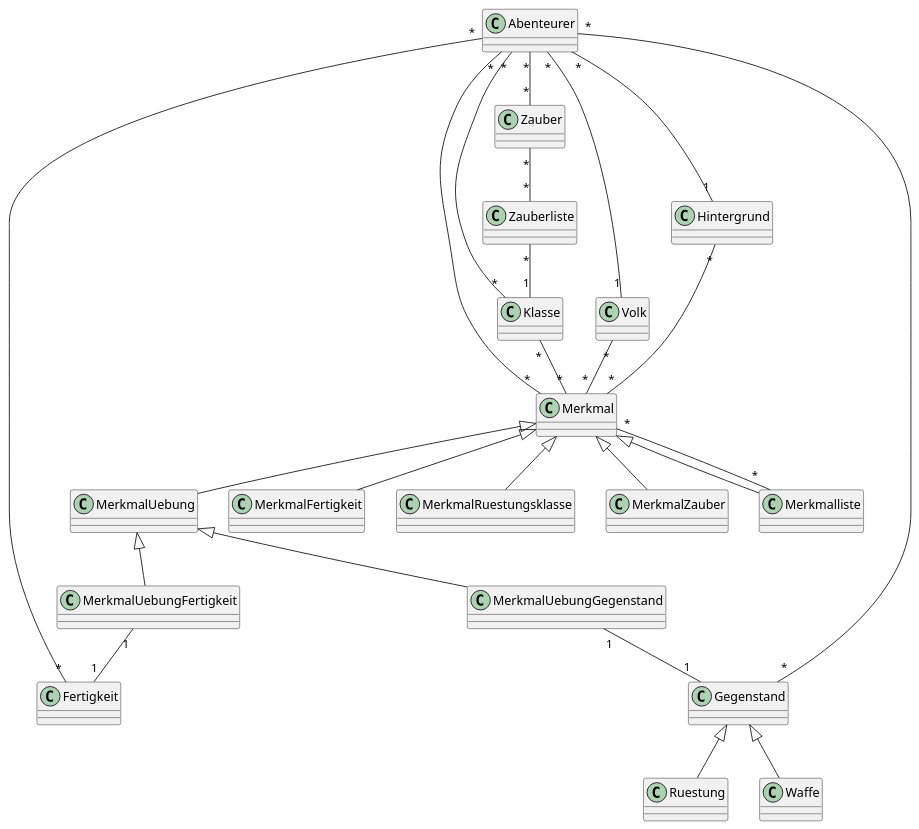
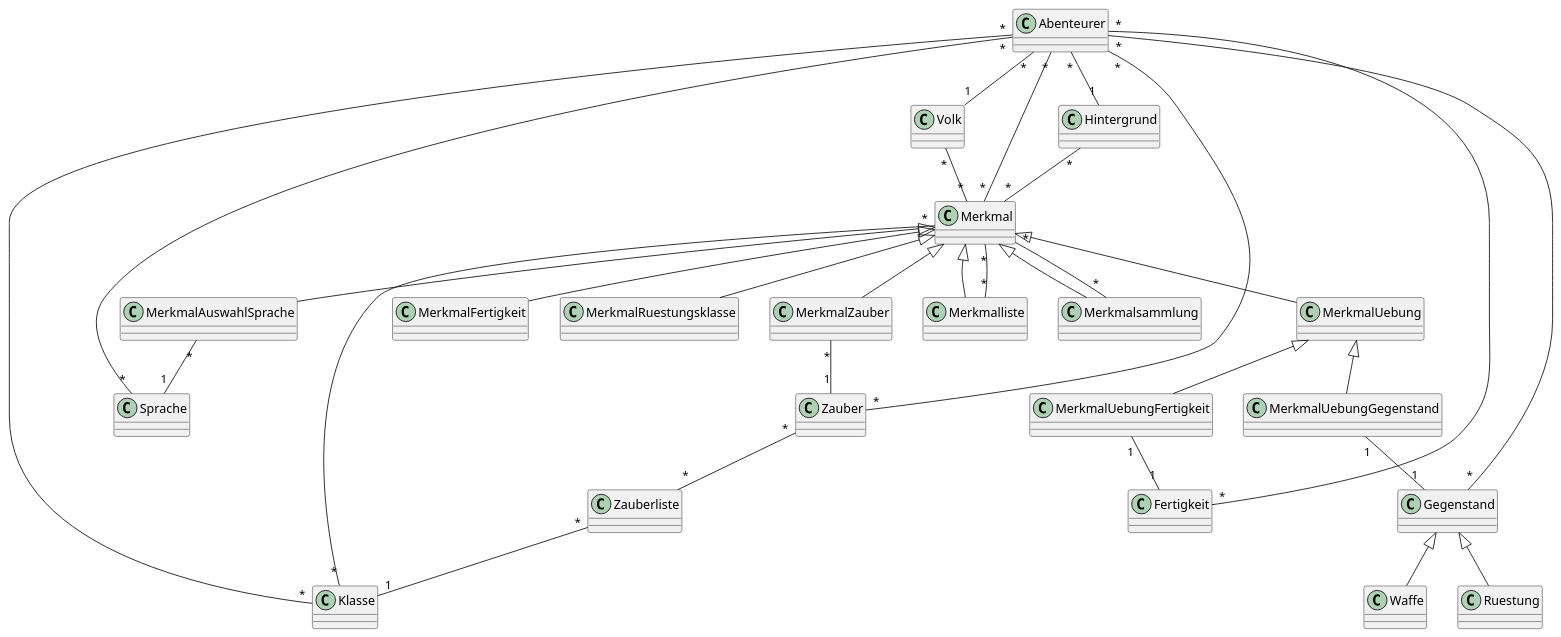
The diagram in docs/architecture/domain-diagram-level-0.plantuml (greifentor/carp-cm-5e), drawn with PlantUML before and after one commit.

Commit message:
Worked on domain model.

```diff
--- a/docs/architecture/domain-diagram-level-0.plantuml
+++ b/docs/architecture/domain-diagram-level-0.plantuml
@@ -1,53 +1,64 @@
 @startuml
 
 class Abenteurer
 class Fertigkeit
 class Gegenstand
 class Hintergrund
 class Klasse
 class Merkmal
+class MerkmalAuswahlSprache
 class Merkmalliste
 class MerkmalUebung
 class MerkmalUebungFertigkeit
 class MerkmalUebungGegenstand
+class Merkmalsammlung
+class Sprache
 class Volk
 class Zauber
 class Zauberliste
 
 Abenteurer "*" -- "1" Hintergrund
 Abenteurer "*" -- "*" Fertigkeit
 Abenteurer "*" -- "*" Gegenstand
 Abenteurer "*" -- "*" Klasse
 Abenteurer "*" -- "*" Merkmal
+Abenteurer "*" -- "*" Sprache
 Abenteurer "*" -- "1" Volk
 Abenteurer "*" -- "*" Zauber
 
 Gegenstand <|-- Ruestung
 Gegenstand <|-- Waffe
 
 Hintergrund "*" -- "*" Merkmal
 
 Klasse "*" -- "*" Merkmal
 
 Merkmal <|-- MerkmalFertigkeit
 Merkmal <|-- Merkmalliste
 Merkmal <|-- MerkmalRuestungsklasse
 Merkmal <|-- MerkmalUebung
+Merkmal <|-- Merkmalsammlung
 Merkmal <|-- MerkmalZauber
 
+Merkmal <|-- MerkmalAuswahlSprache
+
+MerkmalAuswahlSprache "*" -- "1" Sprache
+
 Merkmalliste "*" -- "*" Merkmal
+
+Merkmalsammlung "*" -- "*" Merkmal
 
 MerkmalUebungFertigkeit "1" -- "1" Fertigkeit
 MerkmalUebungGegenstand "1" -- "1" Gegenstand
 
 MerkmalUebung <|-- MerkmalUebungFertigkeit
 MerkmalUebung <|-- MerkmalUebungGegenstand
+MerkmalZauber "*" -- "1" Zauber
 
 Volk "*" -- "*" Merkmal
 
 Zauber "*" -- "*" Zauberliste
 
-
 Zauberliste "*" -- "1" Klasse
 
 @enduml
```
